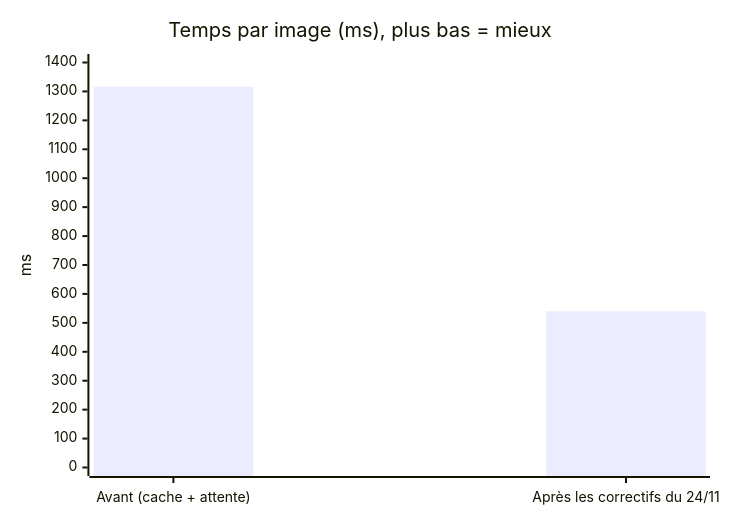
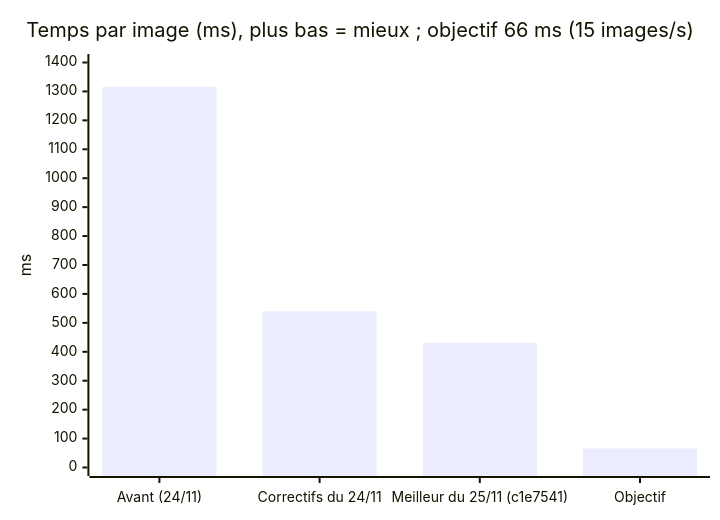
The second of 12 diagrams in README.md (Cyanexani/cold-project-vi), drawn with Mermaid before and after one commit. The commit also changed other lines of this file, not shown here.

````diff
--- a/README.md
+++ b/README.md
@@ -127,7 +127,7 @@
 ```mermaid
 xychart-beta
-    title "Temps par image (ms), plus bas = mieux"
-    x-axis ["Avant (cache + attente)", "Après les correctifs du 24/11"]
+    title "Temps par image (ms), plus bas = mieux ; objectif 66 ms (15 images/s)"
+    x-axis ["Avant (24/11)", "Correctifs du 24/11", "Meilleur du 25/11 (c1e7541)", "Objectif"]
     y-axis "ms" 0 --> 1400
-    bar [1316, 540]
+    bar [1316, 540, 431, 66]
 ```
````
